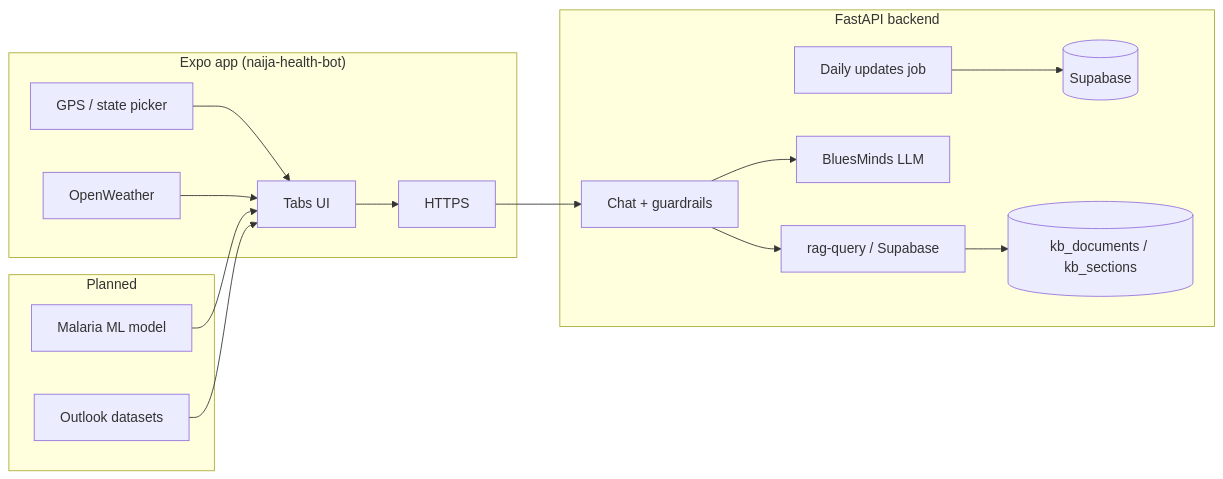
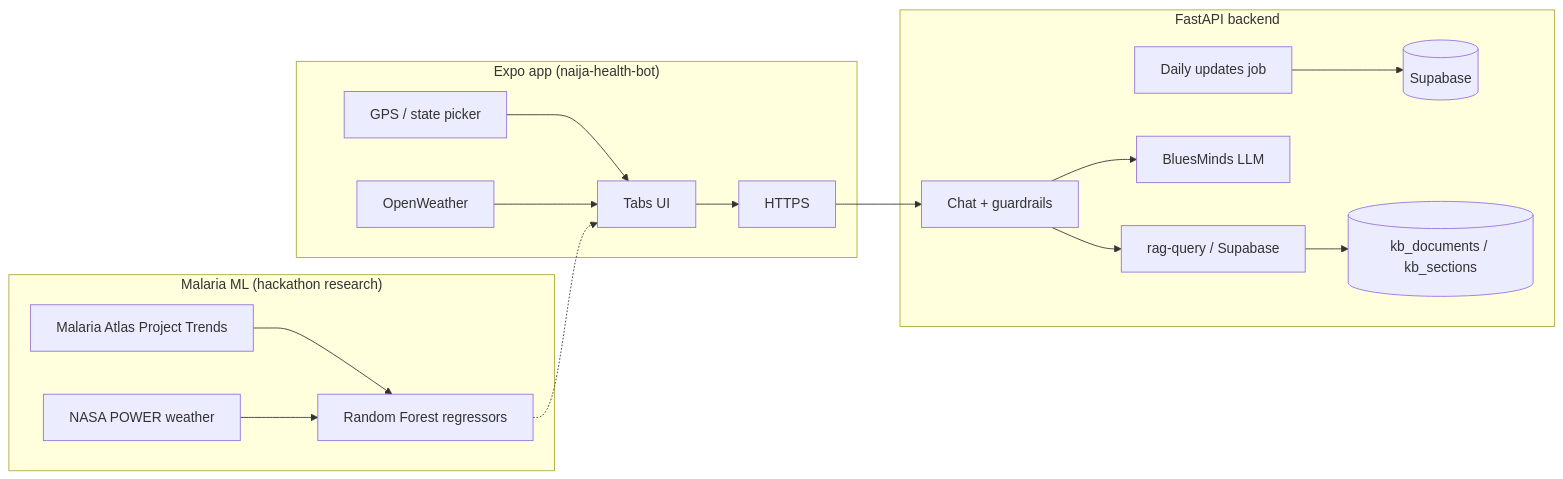
One commit to CTechDevWorks/Naija-Health-Bot changed the diagram in README.md. Above: the diagram before and after it, drawn with Mermaid. The commit also changed other lines of this file and 11 other files, not shown here.

````diff
--- a/README.md
+++ b/README.md
@@ -52,26 +56,28 @@
 ```mermaid
 flowchart LR
   subgraph mobile["Expo app (naija-health-bot)"]
     GPS[GPS / state picker]
     OWM[OpenWeather]
     UI[Tabs UI]
     GPS --> UI
     OWM --> UI
     UI --> API[HTTPS]
   end
 
   subgraph backend["FastAPI backend"]
     API --> Chat[Chat + guardrails]
     Chat --> RAG[rag-query / Supabase]
     Chat --> LLM[BluesMinds LLM]
     Jobs[Daily updates job] --> Store[(Supabase)]
     RAG --> KB[(kb_documents / kb_sections)]
   end
 
-  subgraph future["Planned"]
-  ML[Malaria ML model]
-  MAP[Outlook datasets]
-  ML --> UI
-  MAP --> UI
+  subgraph research["Malaria ML (hackathon research)"]
+    MAP[Malaria Atlas Project Trends]
+    NASA[NASA POWER weather]
+    MAP --> ML[Random Forest regressors]
+    NASA --> ML
   end
+
+  ML -.-> UI
 ```
````
